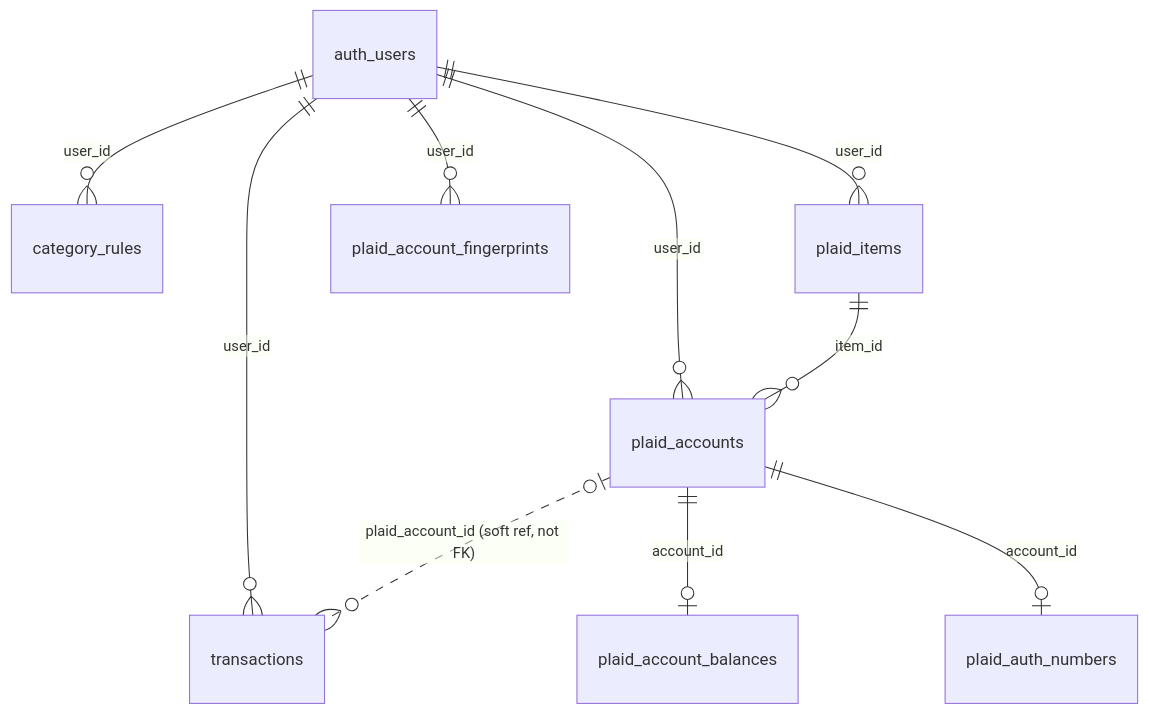
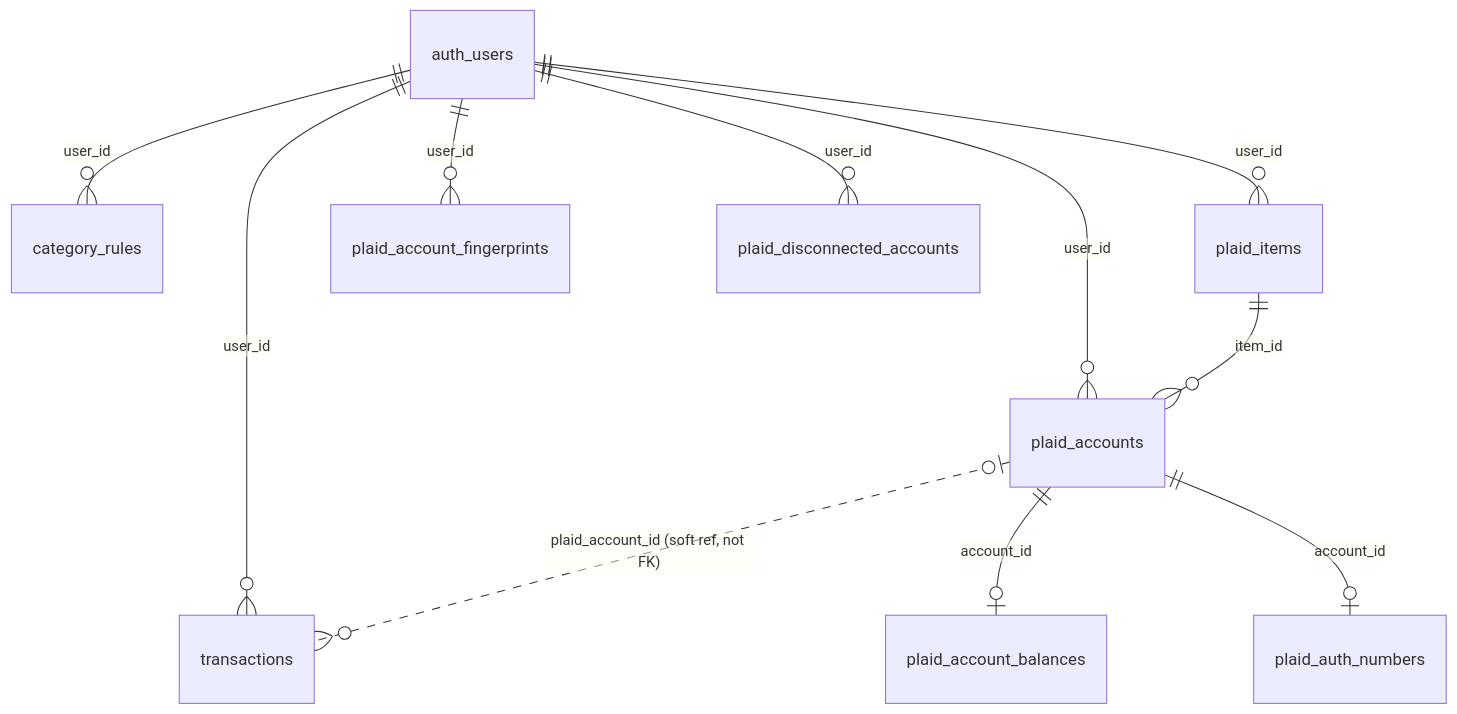
Before and after one commit to yasinshaikh-us/scorecard: the diagram in SCHEMA.md, drawn with Mermaid. The commit also changed other lines of this file and 3 other files, not shown here.

````diff
--- a/SCHEMA.md
+++ b/SCHEMA.md
@@ -42,12 +43,13 @@
 ```mermaid
 erDiagram
     auth_users ||--o{ transactions : user_id
     auth_users ||--o{ category_rules : user_id
     auth_users ||--o{ plaid_items : user_id
     auth_users ||--o{ plaid_accounts : user_id
     plaid_items ||--o{ plaid_accounts : item_id
     plaid_accounts ||--o| plaid_account_balances : account_id
     plaid_accounts ||--o| plaid_auth_numbers : account_id
     plaid_accounts |o..o{ transactions : "plaid_account_id (soft ref, not FK)"
     auth_users ||--o{ plaid_account_fingerprints : user_id
+    auth_users ||--o{ plaid_disconnected_accounts : user_id
 ```
````
